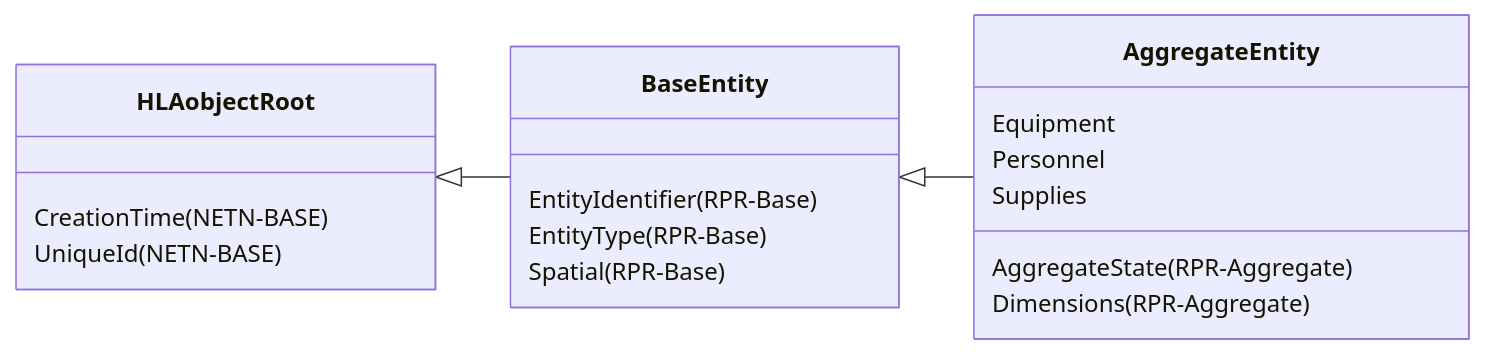
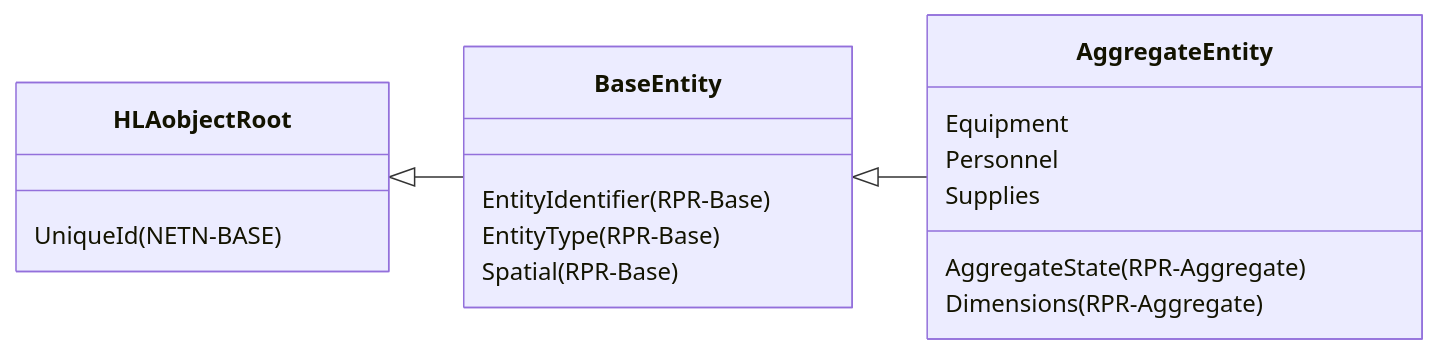
Before and after one commit to AMSP-04/NETN-LOG: the sixth of 7 diagrams in NETN-LOG.md, drawn with Mermaid. The commit also changed other lines of this file and 3 other files, not shown here.

````diff
--- a/NETN-LOG.md
+++ b/NETN-LOG.md
@@ -134,17 +190,16 @@
 ```mermaid
 classDiagram 
 direction LR
 
 HLAobjectRoot <|-- BaseEntity
-HLAobjectRoot : CreationTime(NETN-BASE)
 HLAobjectRoot : UniqueId(NETN-BASE)
 BaseEntity <|-- AggregateEntity
 BaseEntity : EntityIdentifier(RPR-Base)
 BaseEntity : EntityType(RPR-Base)
 BaseEntity : Spatial(RPR-Base)
 AggregateEntity : Equipment
 AggregateEntity : Personnel
 AggregateEntity : Supplies
 AggregateEntity : AggregateState(RPR-Aggregate)
 AggregateEntity : Dimensions(RPR-Aggregate)
 ```
````
